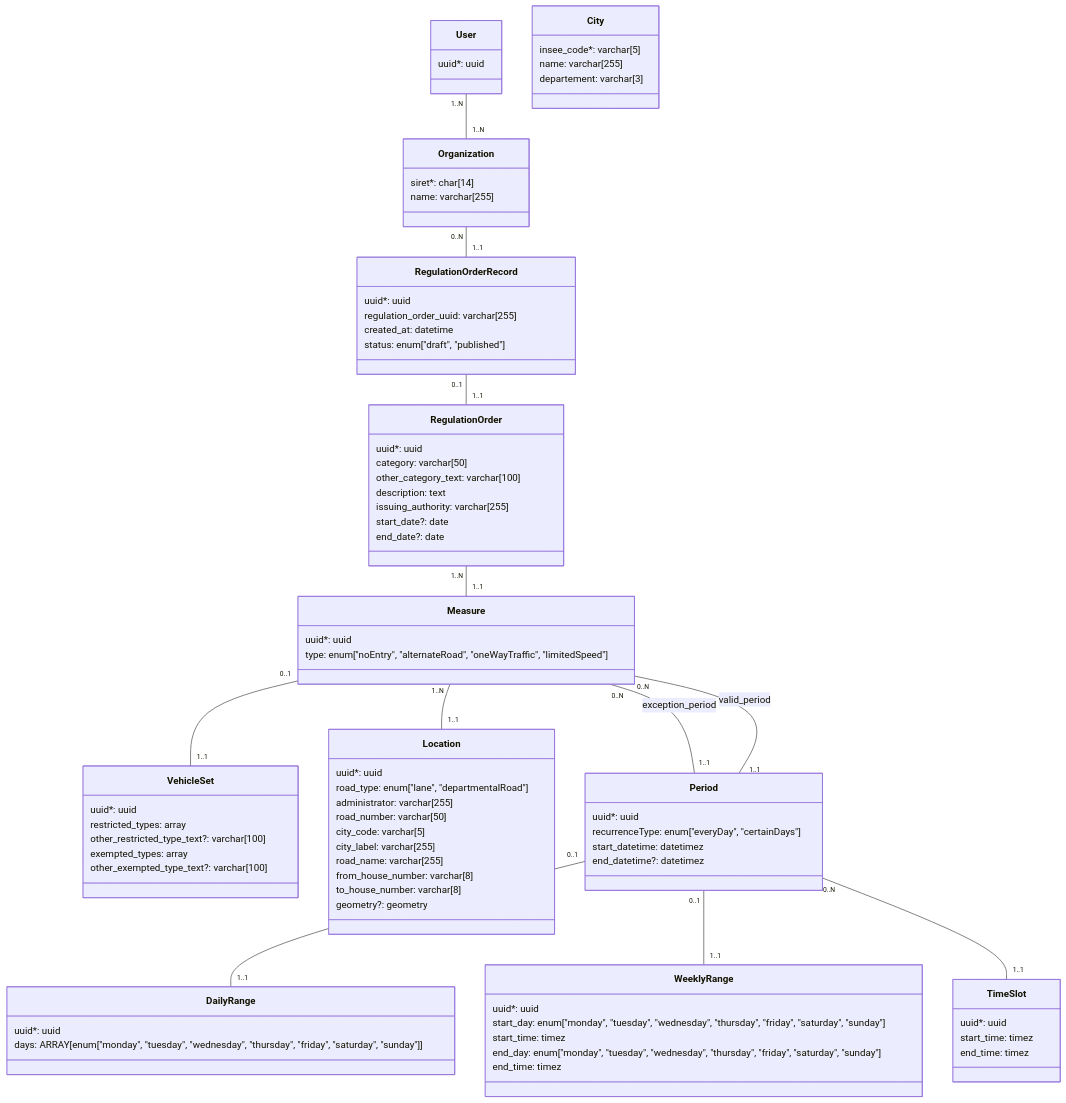
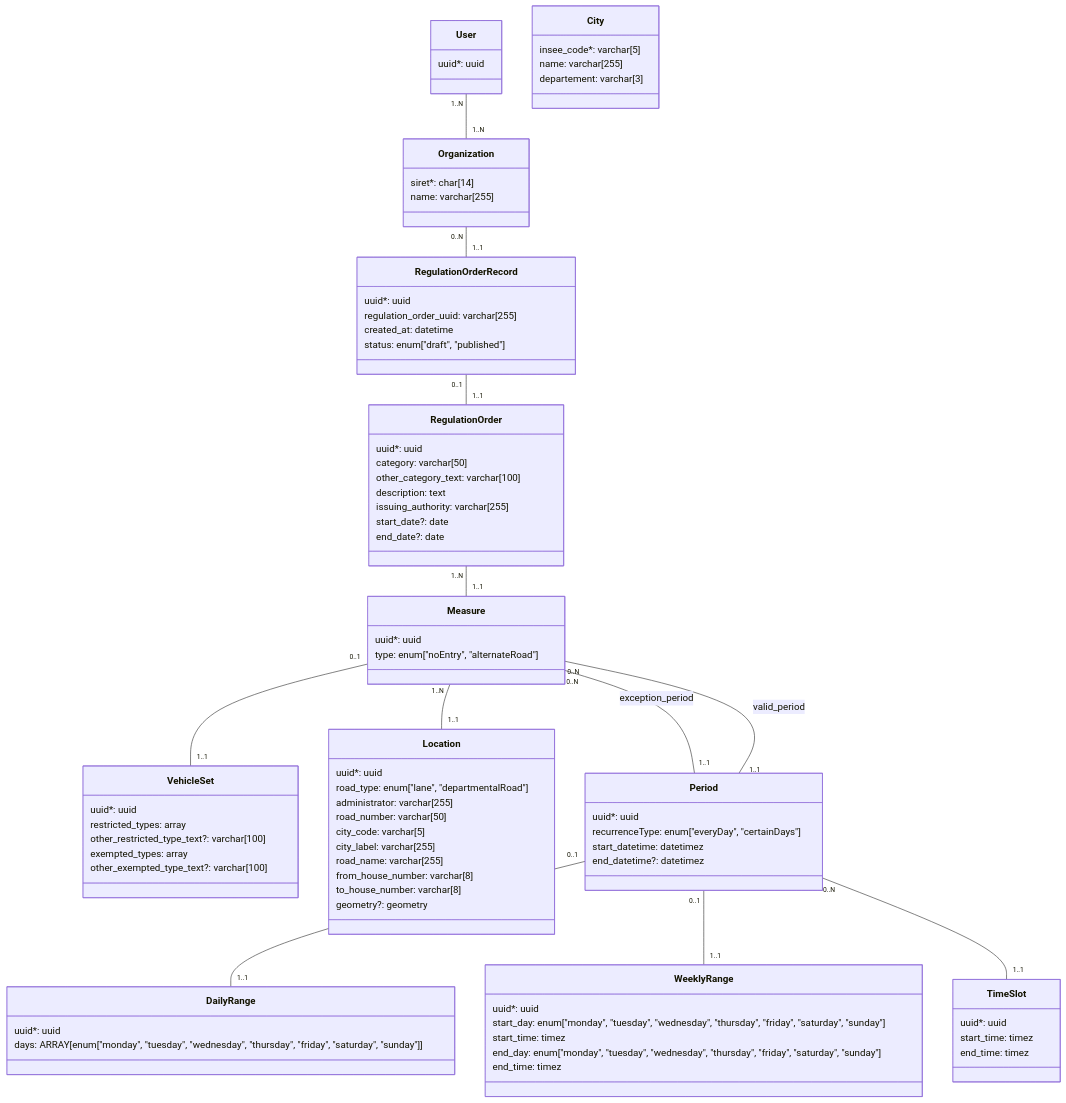
One commit to MTES-MCT/dialog changed the diagram in docs/adr/002_mcd.md. Above: the diagram before and after it, drawn with Mermaid. The commit also changed 21 other files, not shown here.

```diff
--- a/docs/adr/002_mcd.md
+++ b/docs/adr/002_mcd.md
@@ -48,7 +48,7 @@
 
 class Measure {
   uuid*: uuid
-  type: enum["noEntry", "alternateRoad", "oneWayTraffic", "limitedSpeed"]
+  type: enum["noEntry", "alternateRoad"]
 }
 
 class VehicleSet {
```
